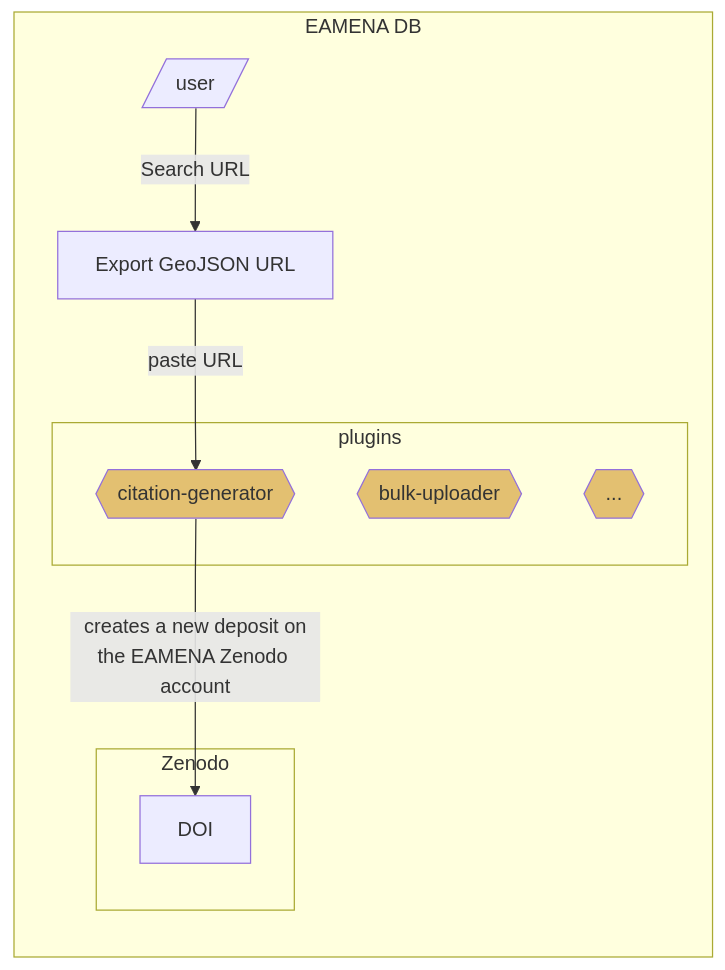
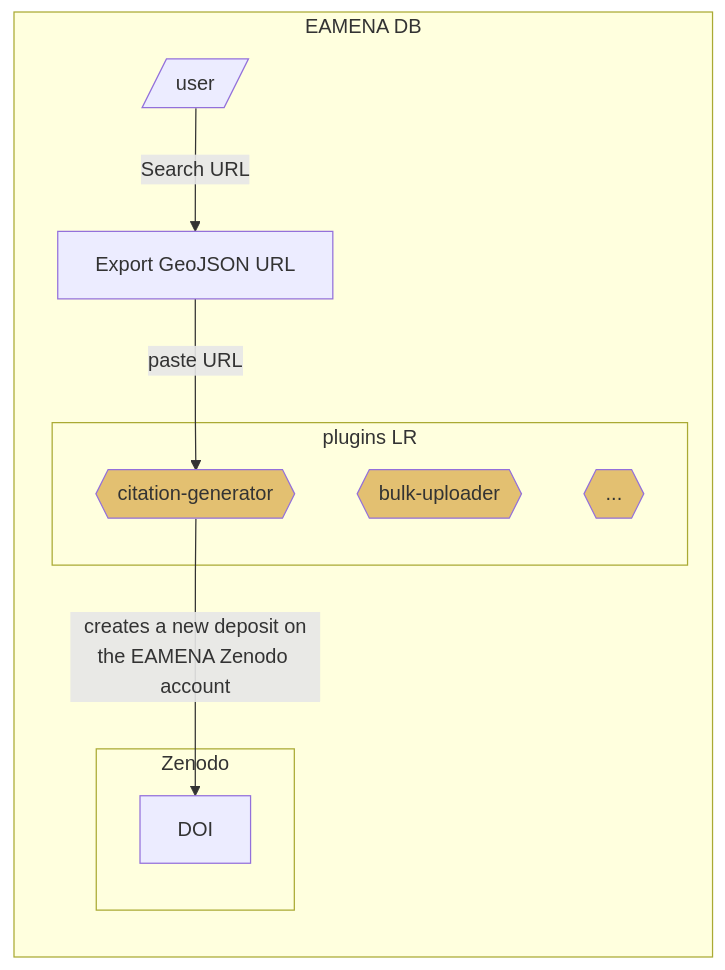
One commit to eamena-project/eamena-arches-dev changed the first of 3 diagrams in data/bibref/README.md. Above: the diagram before and after it, drawn with Mermaid.

Commit message:
update citation workflow

````diff
--- a/data/bibref/README.md
+++ b/data/bibref/README.md
@@ -10,16 +10,16 @@
 ```mermaid
 flowchart LR
 	subgraph EAMENA DB
 		U[/user/] -- Search URL --> E[Export GeoJSON URL]
 		E -- paste URL --> G{{citation-generator}}:::eamenaFunc;
-		subgraph plugins
+		subgraph plugins LR
 		G
 		H{{bulk-uploader}}:::eamenaFunc;
 		I{{...}}:::eamenaFunc;
 		end
 	subgraph "Zenodo"
 	G -- creates a new deposit on<br>the EAMENA Zenodo account --> DOI
 	end
 end
 classDef eamenaFunc fill:#e3c071;
 ```
````
